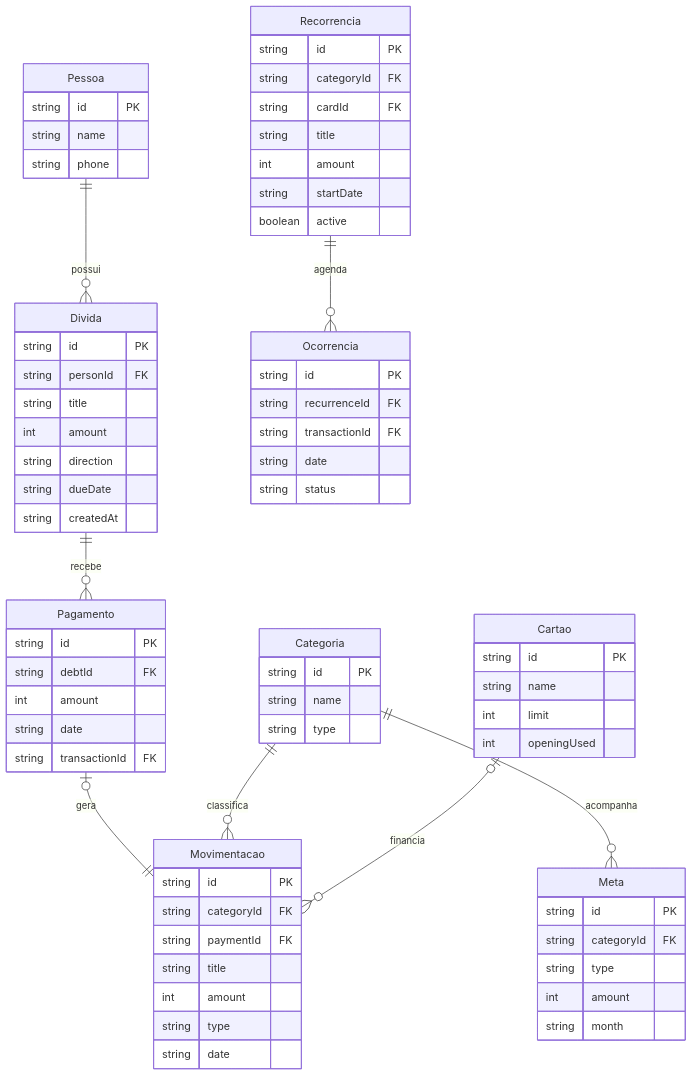
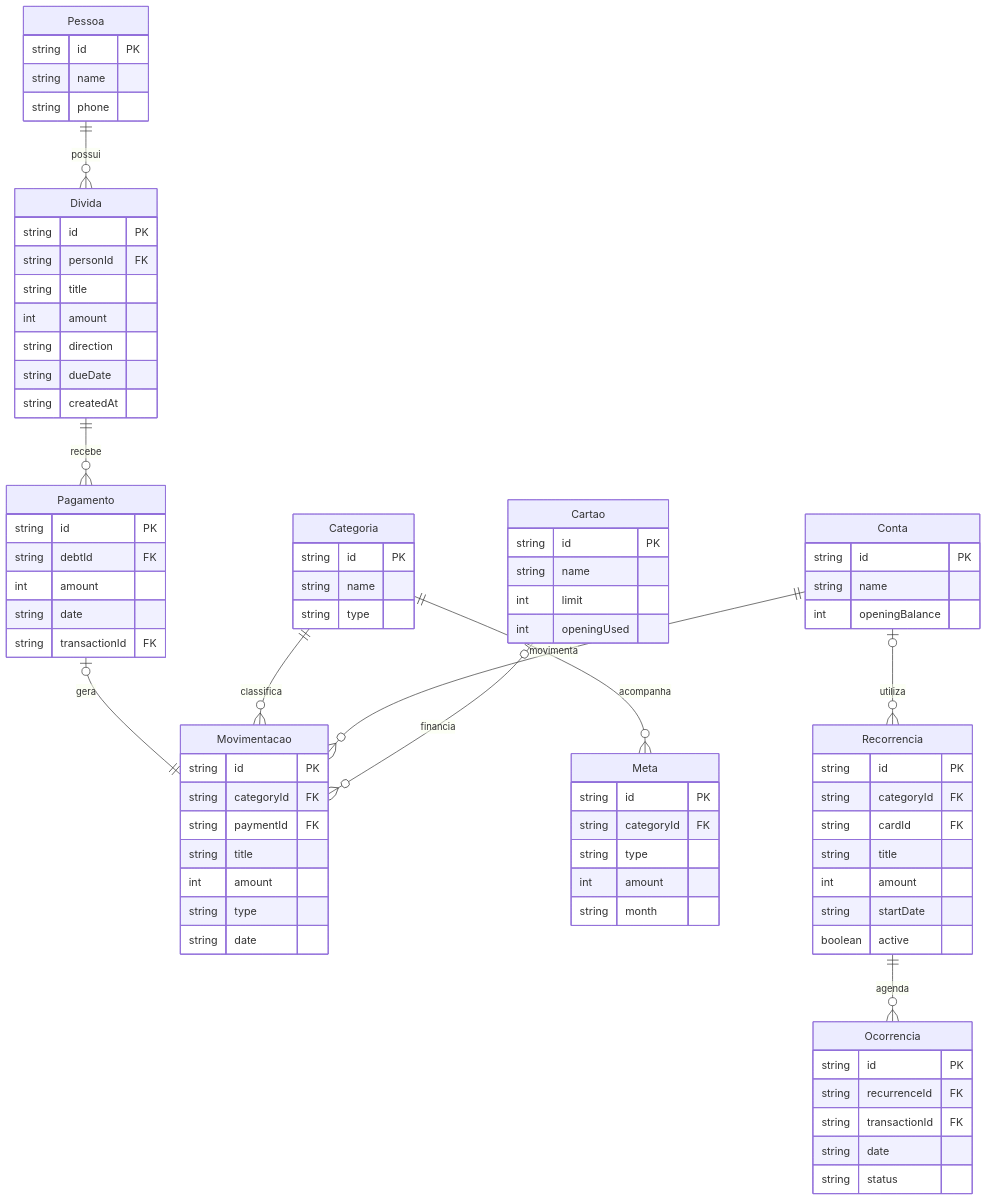
One commit to LouasDev/desaperta changed the diagram in docs/ARQUITETURA.md. Above: the diagram before and after it, drawn with Mermaid. The commit also changed other lines of this file and 33 other files, not shown here.

````diff
--- a/docs/ARQUITETURA.md
+++ b/docs/ARQUITETURA.md
@@ -21,74 +22,81 @@
 ```mermaid
 erDiagram
   Pessoa ||--o{ Divida : possui
   Divida ||--o{ Pagamento : recebe
   Pagamento o|--|| Movimentacao : gera
   Categoria ||--o{ Movimentacao : classifica
   Categoria ||--o{ Meta : acompanha
+  Conta ||--o{ Movimentacao : movimenta
+  Conta o|--o{ Recorrencia : utiliza
   Cartao o|--o{ Movimentacao : financia
   Recorrencia ||--o{ Ocorrencia : agenda
   Pessoa {
     string id PK
     string name
     string phone
   }
   Divida {
     string id PK
     string personId FK
     string title
     int amount
     string direction
     string dueDate
     string createdAt
   }
   Pagamento {
     string id PK
     string debtId FK
     int amount
     string date
     string transactionId FK
   }
   Movimentacao {
     string id PK
     string categoryId FK
     string paymentId FK
     string title
     int amount
     string type
     string date
   }
   Categoria {
     string id PK
     string name
     string type
   }
   Cartao {
     string id PK
     string name
     int limit
     int openingUsed
   }
+  Conta {
+    string id PK
+    string name
+    int openingBalance
+  }
   Meta {
     string id PK
     string categoryId FK
     string type
     int amount
     string month
   }
   Recorrencia {
     string id PK
     string categoryId FK
     string cardId FK
     string title
     int amount
     string startDate
     boolean active
   }
   Ocorrencia {
     string id PK
     string recurrenceId FK
     string transactionId FK
     string date
     string status
   }
 ```
````
